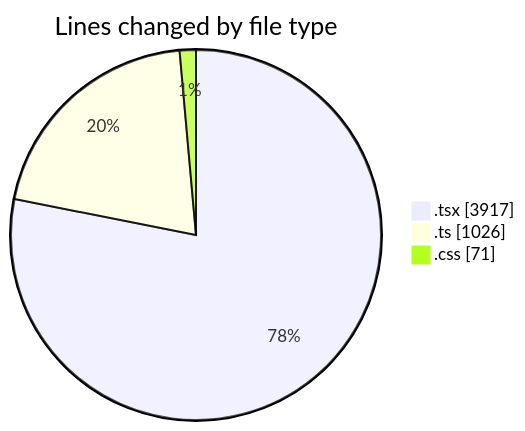
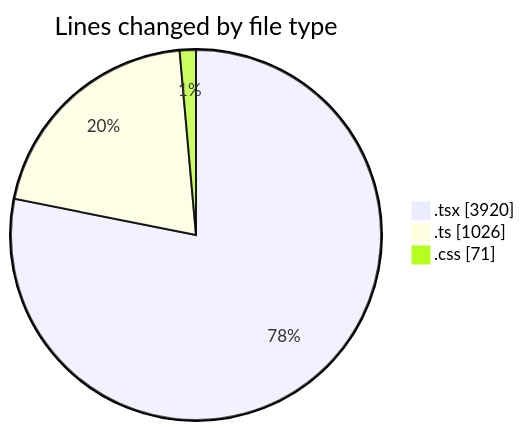
The first of 2 diagrams in 2025-01-27/mbc-web/README.md (robertbonfada/code-tracking), drawn with Mermaid before and after one commit. The commit also changed other lines of this file and 1 other file, not shown here.

````diff
--- a/2025-01-27/mbc-web/README.md
+++ b/2025-01-27/mbc-web/README.md
@@ -35,7 +35,7 @@
 ```mermaid
 pie showData
 title Lines changed by file type
-".tsx" : 3917
+".tsx" : 3920
 ".ts" : 1026
 ".css" : 71
 ```
````
